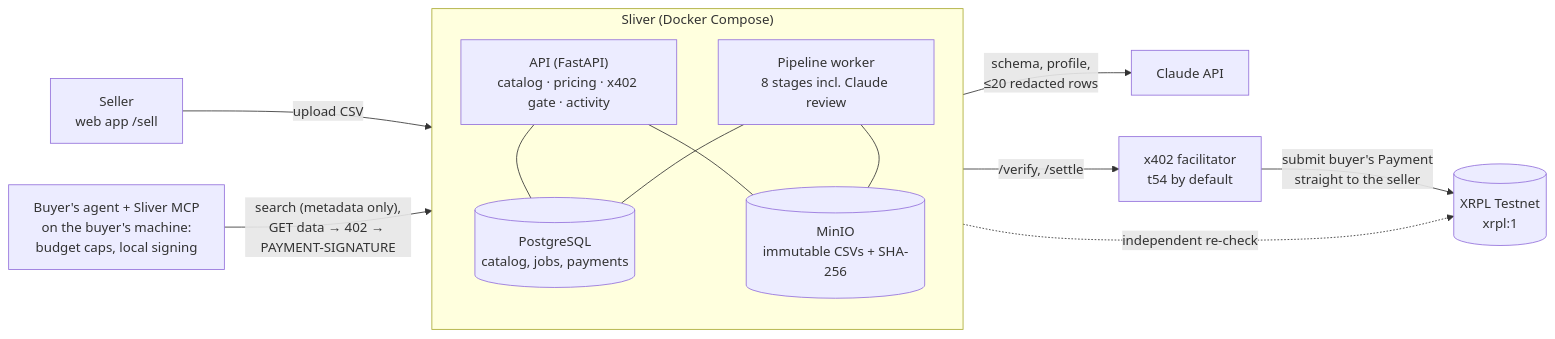
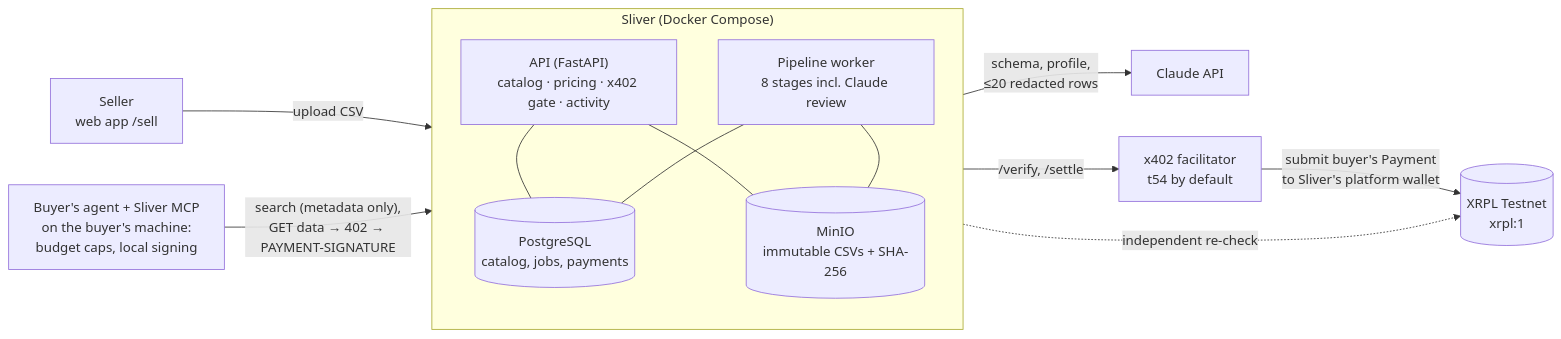
One commit to LAIN-21/sliver changed the first of 2 diagrams in README.md. Above: the diagram before and after it, drawn with Mermaid. The commit also changed other lines of this file and 40 other files, not shown here.

````diff
--- a/README.md
+++ b/README.md
@@ -25,28 +25,28 @@
 ```mermaid
 flowchart LR
   SEL["Seller<br/>web app /sell"]
   AG["Buyer's agent + Sliver MCP<br/>on the buyer's machine:<br/>budget caps, local signing"]
 
   subgraph SL["Sliver (Docker Compose)"]
     direction TB
     API["API (FastAPI)<br/>catalog · pricing · x402 gate · activity"]
     W["Pipeline worker<br/>8 stages incl. Claude review"]
     DB[("PostgreSQL<br/>catalog, jobs, payments")]
     OBJ[("MinIO<br/>immutable CSVs + SHA-256")]
     API --- DB
     API --- OBJ
     W --- DB
     W --- OBJ
   end
 
   CL["Claude API"]
   FAC["x402 facilitator<br/>t54 by default"]
   XRPL[("XRPL Testnet<br/>xrpl:1")]
 
   SEL -- "upload CSV" --> API
   W -- "schema, profile,<br/>≤20 redacted rows" --> CL
   AG -- "search (metadata only),<br/>GET data → 402 → PAYMENT-SIGNATURE" --> API
   API -- "/verify, /settle" --> FAC
-  FAC -- "submit buyer's Payment<br/>straight to the seller" --> XRPL
+  FAC -- "submit buyer's Payment<br/>to Sliver's platform wallet" --> XRPL
   API -. "independent re-check" .-> XRPL
 ```
````
